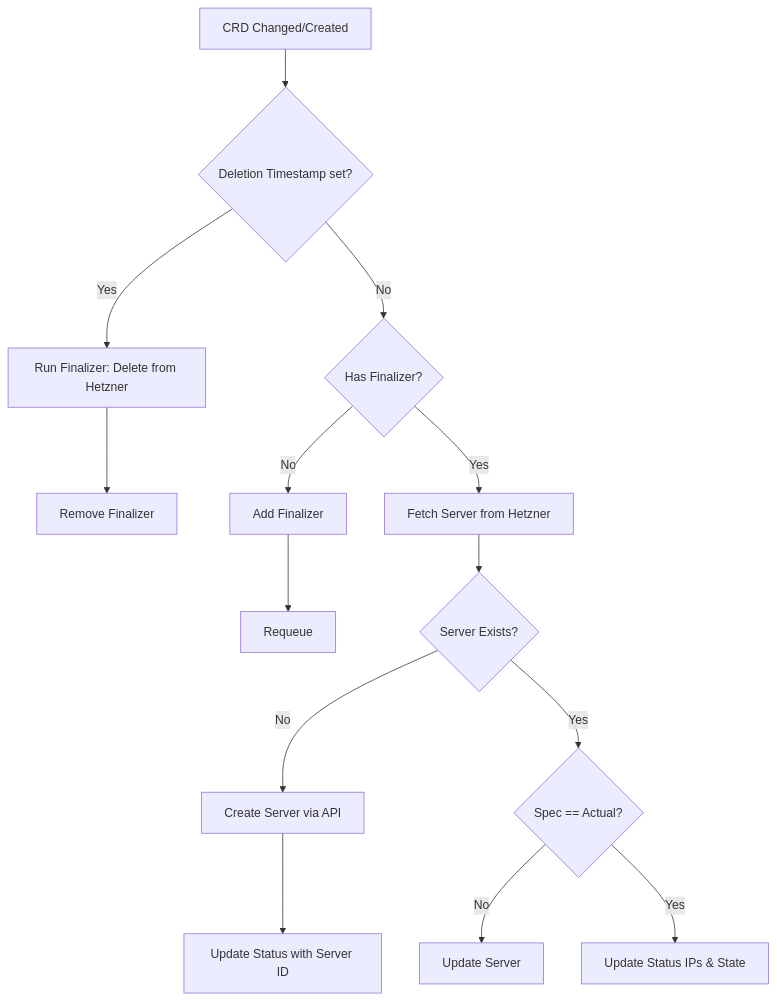
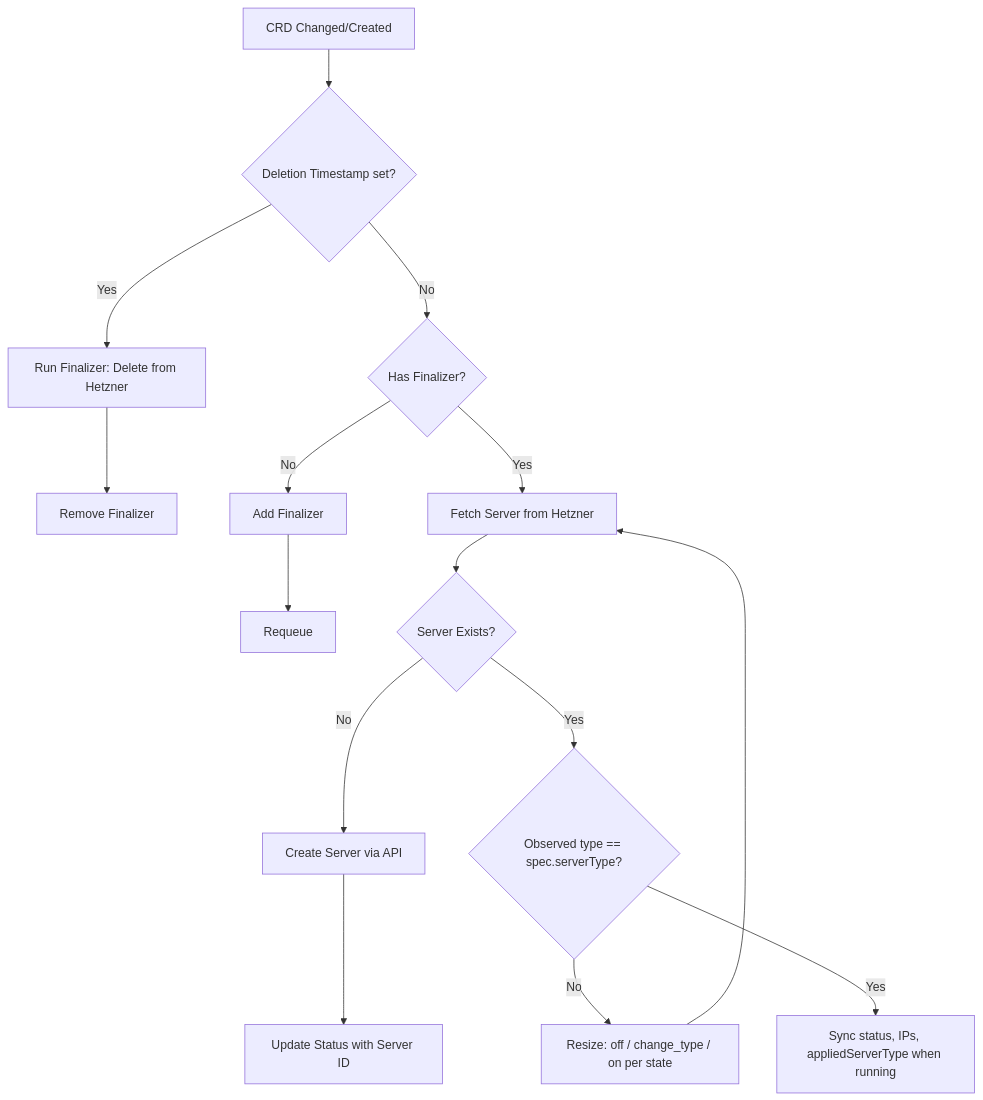
The diagram in docs/architecture.md (armanfeyzi/hcloud-operator), drawn with Mermaid before and after one commit. The commit also changed other lines of this file and 8 other files, not shown here.

First line of the commit message:
feat: enable vertical scaling for HCloudServer by allowing serverType updates

````diff
--- a/docs/architecture.md
+++ b/docs/architecture.md
@@ -23,16 +25,17 @@
 ```mermaid
 graph TD
     A[CRD Changed/Created] --> B{Deletion Timestamp set?}
     B -- Yes --> C[Run Finalizer: Delete from Hetzner]
     C --> D[Remove Finalizer]
     B -- No --> E{Has Finalizer?}
     E -- No --> F[Add Finalizer]
     F --> G[Requeue]
     E -- Yes --> H[Fetch Server from Hetzner]
     H --> I{Server Exists?}
     I -- No --> J[Create Server via API]
     J --> K[Update Status with Server ID]
-    I -- Yes --> L{Spec == Actual?}
-    L -- No --> M[Update Server]
-    L -- Yes --> N[Update Status IPs & State]
+    I -- Yes --> L{Observed type == spec.serverType?}
+    L -- No --> M[Resize: off / change_type / on per state]
+    M --> H
+    L -- Yes --> N[Sync status, IPs, appliedServerType when running]
 ```
````
